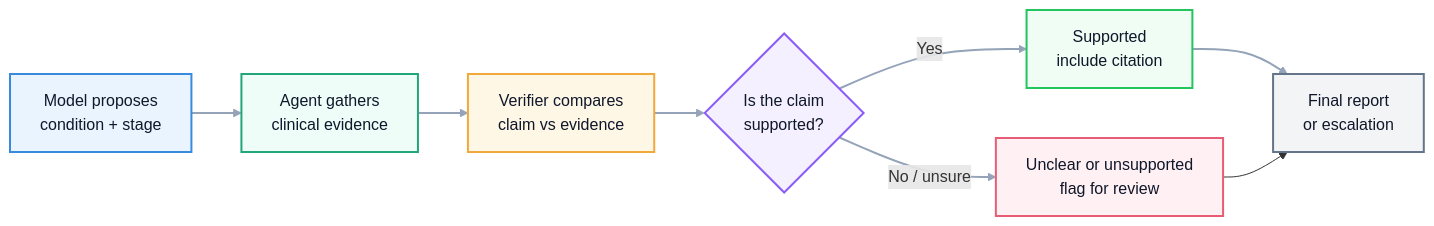
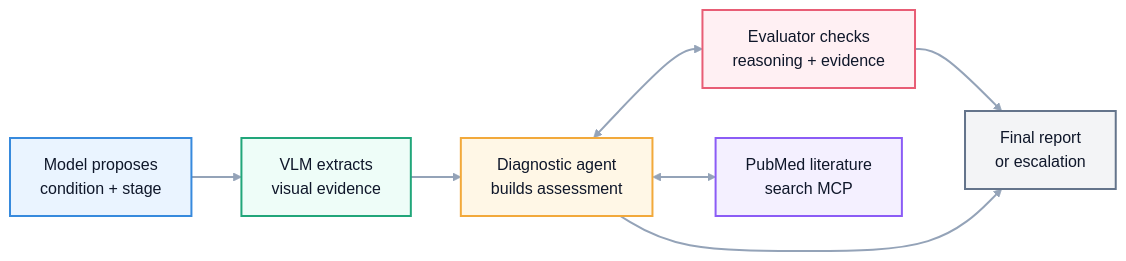
The second of 2 diagrams in README.md (jxia622/WoundMind), drawn with Mermaid before and after one commit. The commit also changed other lines of this file, not shown here.

Commit message:
Revise verification agent system design graph

````diff
--- a/README.md
+++ b/README.md
@@ -60,23 +62,23 @@
 ```mermaid
 flowchart LR
-    A["Model proposes<br/>condition + stage"]:::claim
-    B["Agent gathers<br/>clinical evidence"]:::evidence
-    C["Verifier compares<br/>claim vs evidence"]:::compare
-    D{"Is the claim<br/>supported?"}:::decision
-    E["Supported<br/>include citation"]:::pass
-    F["Unclear or unsupported<br/>flag for review"]:::warn
-    G["Final report<br/>or escalation"]:::output
+    A["Model proposes<br/>condition + stage"]:::model
+    B["VLM extracts<br/>visual evidence"]:::vlm
+    C["Diagnostic agent<br/>builds assessment"]:::agent
+    D["Evaluator checks<br/>reasoning + evidence"]:::eval
+    E["PubMed literature<br/>search MCP"]:::mcp
+    F["Final report<br/>or escalation"]:::output
 
-    A --> B --> C --> D
-    D -->|Yes| E --> G
-    D -->|No / unsure| F --> G
+    A --> B --> C
+    C <--> D
+    C <--> E
+    D --> F
+    C --> F
 
-    classDef claim fill:#eaf4ff,stroke:#378add,stroke-width:2px,color:#0f172a;
-    classDef evidence fill:#eefdf8,stroke:#21a67a,stroke-width:2px,color:#0f172a;
-    classDef compare fill:#fff7e6,stroke:#f2a93b,stroke-width:2px,color:#0f172a;
-    classDef decision fill:#f4f0ff,stroke:#8b5cf6,stroke-width:2px,color:#0f172a;
-    classDef pass fill:#f0fdf4,stroke:#22c55e,stroke-width:2px,color:#0f172a;
-    classDef warn fill:#fff0f3,stroke:#e85d75,stroke-width:2px,color:#0f172a;
+    classDef model fill:#eaf4ff,stroke:#378add,stroke-width:2px,color:#0f172a;
+    classDef vlm fill:#eefdf8,stroke:#21a67a,stroke-width:2px,color:#0f172a;
+    classDef agent fill:#fff7e6,stroke:#f2a93b,stroke-width:2px,color:#0f172a;
+    classDef eval fill:#fff0f3,stroke:#e85d75,stroke-width:2px,color:#0f172a;
+    classDef mcp fill:#f4f0ff,stroke:#8b5cf6,stroke-width:2px,color:#0f172a;
     classDef output fill:#f3f4f6,stroke:#64748b,stroke-width:2px,color:#0f172a;
     linkStyle 0,1,2,3,4,5 stroke:#94a3b8,stroke-width:2px;
 ```
````
